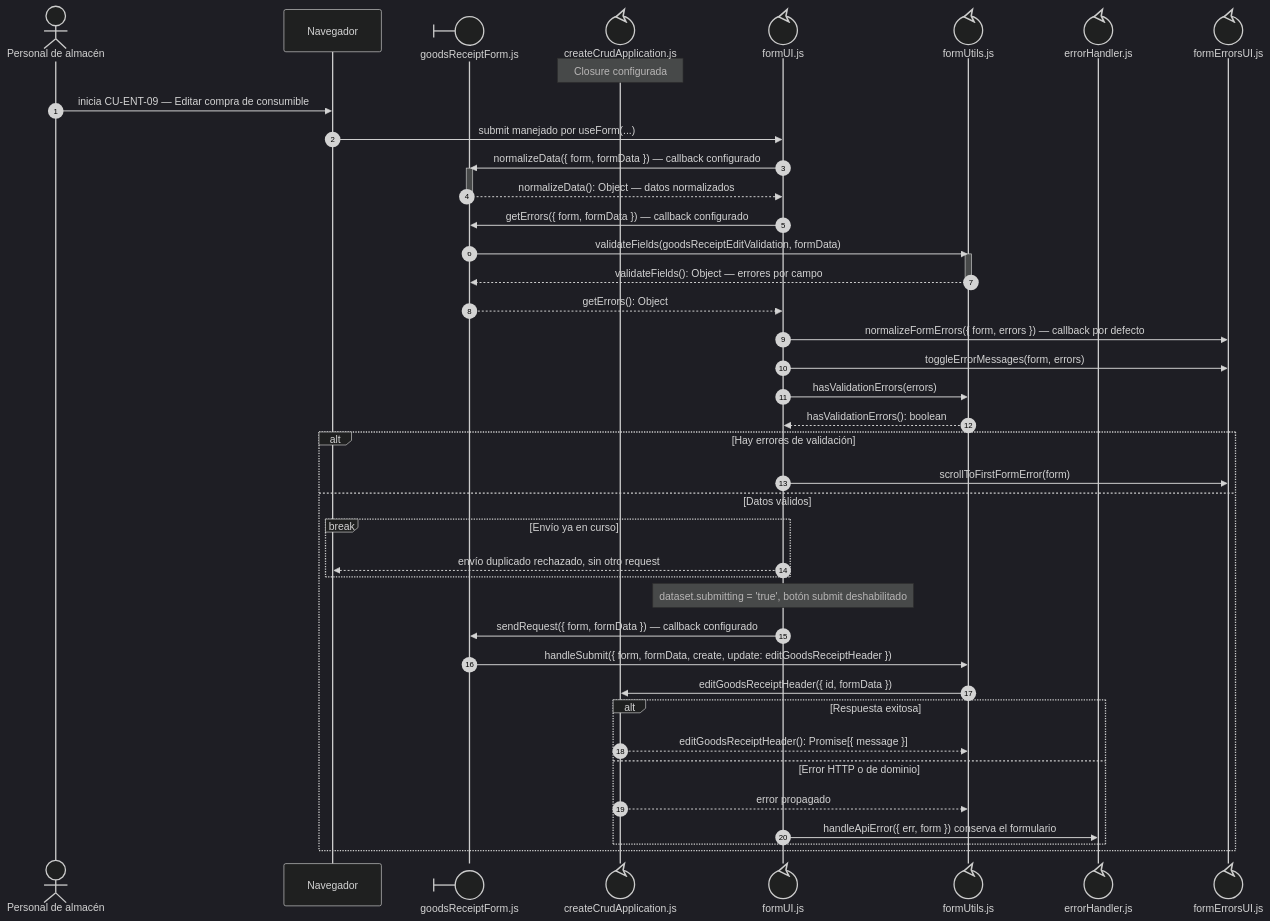
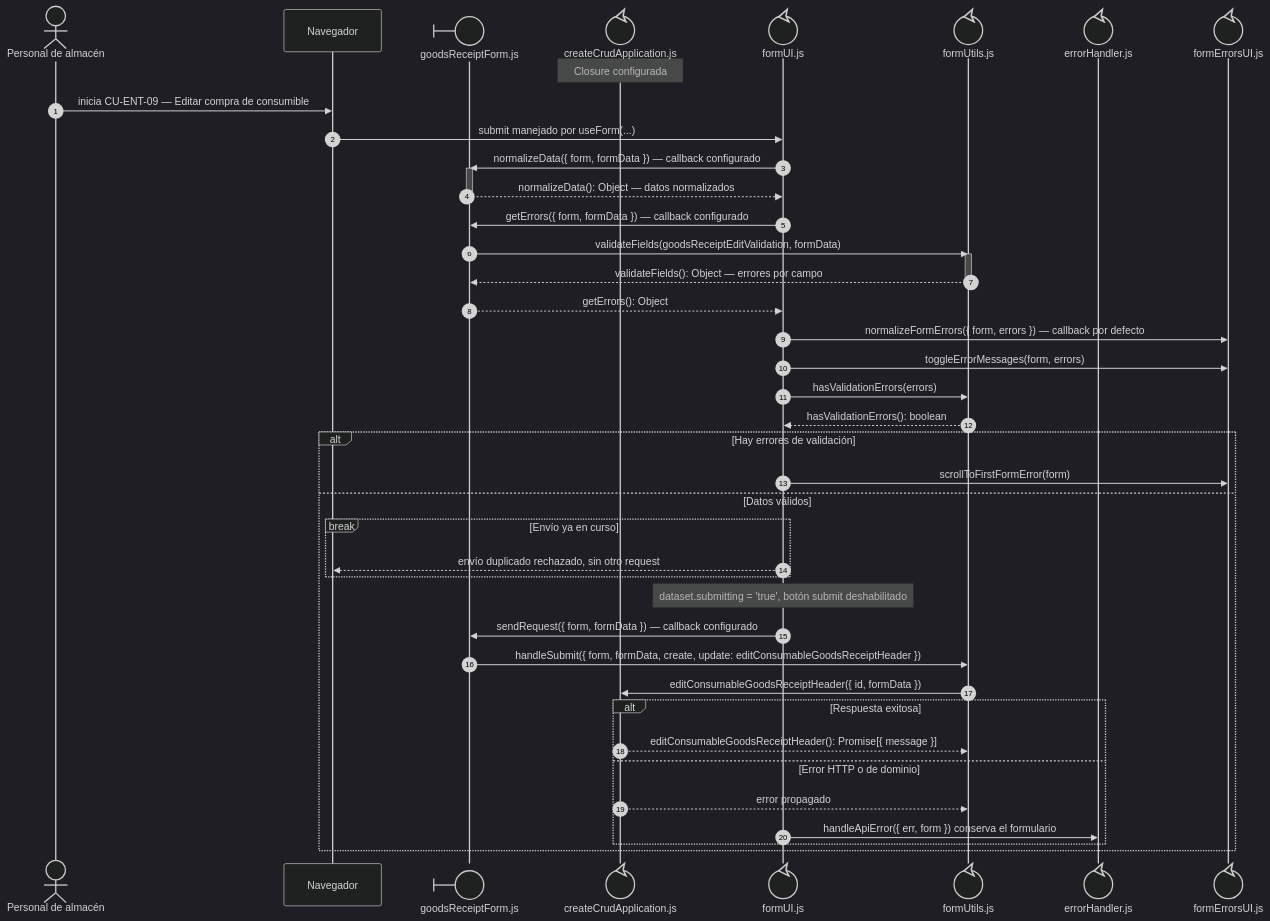
One commit to gpgsistemas01/nexus changed the second of 3 diagrams in docs/architecture/views/processes/frontend-code-sequences/purchases/cu-ent-09.md. Above: the diagram before and after it, drawn with Mermaid (dark theme). The commit also changed other lines of this file and 142 other files, not shown here.

````diff
--- a/docs/architecture/views/processes/frontend-code-sequences/purchases/cu-ent-09.md
+++ b/docs/architecture/views/processes/frontend-code-sequences/purchases/cu-ent-09.md
@@ -130,48 +131,48 @@
 ```mermaid
 sequenceDiagram
     autonumber
     actor Initiator as Personal de almacén
     participant Browser as Navegador
     participant View@{ "type": "boundary" } as goodsReceiptForm.js
     participant Application@{ "type": "control" } as createCrudApplication.js
     participant Form@{ "type": "control" } as formUI.js
     participant FormUtils@{ "type": "control" } as formUtils.js
 
     participant FileErrorHandler@{ "type": "control" } as errorHandler.js
     participant FileFormErrorsUI@{ "type": "control" } as formErrorsUI.js
 
     Note over Application: Closure configurada
     Initiator->>Browser: inicia CU-ENT-09 — Editar compra de consumible
     Browser->>Form: submit manejado por useForm(...)
     Form->>View: normalizeData({ form, formData }) — callback configurado
     activate View
     View-->>Form: normalizeData(): Object — datos normalizados
     deactivate View
     Form->>View: getErrors({ form, formData }) — callback configurado
     View->>FormUtils: validateFields(goodsReceiptEditValidation, formData)
     activate FormUtils
     FormUtils-->>View: validateFields(): Object — errores por campo
     deactivate FormUtils
     View-->>Form: getErrors(): Object
     Form->>FileFormErrorsUI: normalizeFormErrors({ form, errors }) — callback por defecto
     Form->>FileFormErrorsUI: toggleErrorMessages(form, errors)
     Form->>FormUtils: hasValidationErrors(errors)
     FormUtils-->>Form: hasValidationErrors(): boolean
     alt Hay errores de validación
         Form->>FileFormErrorsUI: scrollToFirstFormError(form)
     else Datos válidos
         break Envío ya en curso
             Form-->>Browser: envío duplicado rechazado, sin otro request
     end
         Note over Form: dataset.submitting = 'true', botón submit deshabilitado
         Form->>View: sendRequest({ form, formData }) — callback configurado
-        View->>FormUtils: handleSubmit({ form, formData, create, update: editGoodsReceiptHeader })
-        FormUtils->>Application: editGoodsReceiptHeader({ id, formData })
+        View->>FormUtils: handleSubmit({ form, formData, create, update: editConsumableGoodsReceiptHeader })
+        FormUtils->>Application: editConsumableGoodsReceiptHeader({ id, formData })
         alt Respuesta exitosa
-            Application-->>FormUtils: editGoodsReceiptHeader(): Promise[{ message }]
+            Application-->>FormUtils: editConsumableGoodsReceiptHeader(): Promise[{ message }]
         else Error HTTP o de dominio
             Application-->>FormUtils: error propagado
             Form->>FileErrorHandler: handleApiError({ err, form }) conserva el formulario
     end
     end
 ```
````
